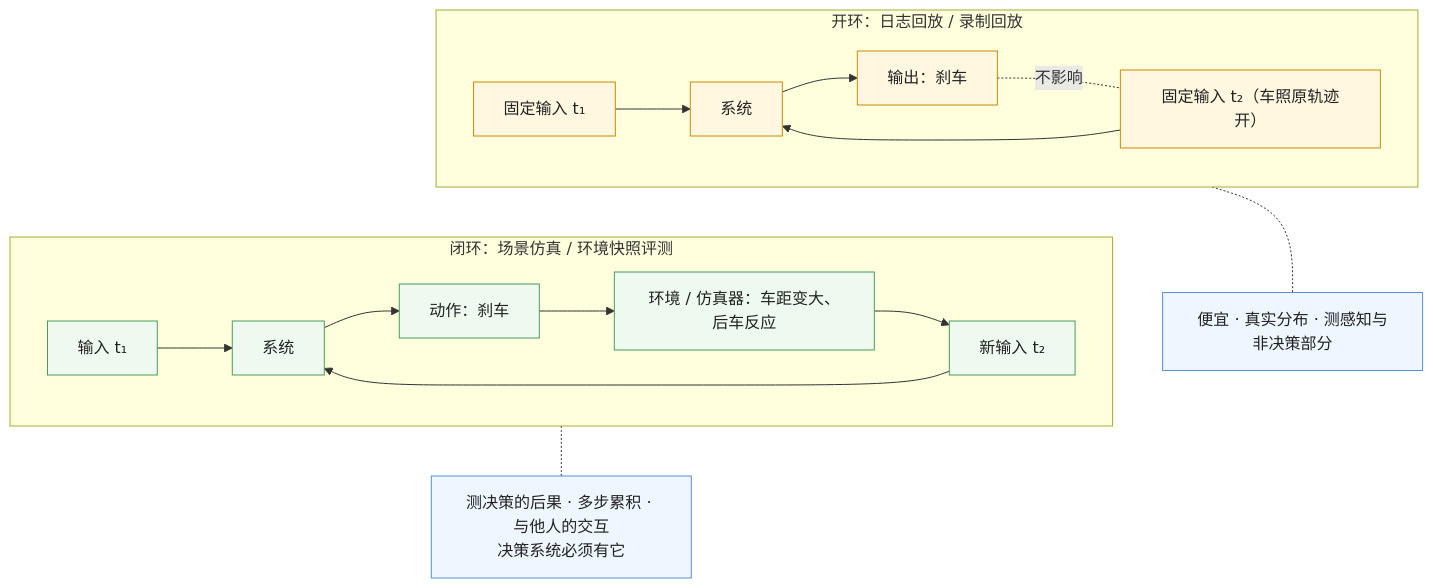
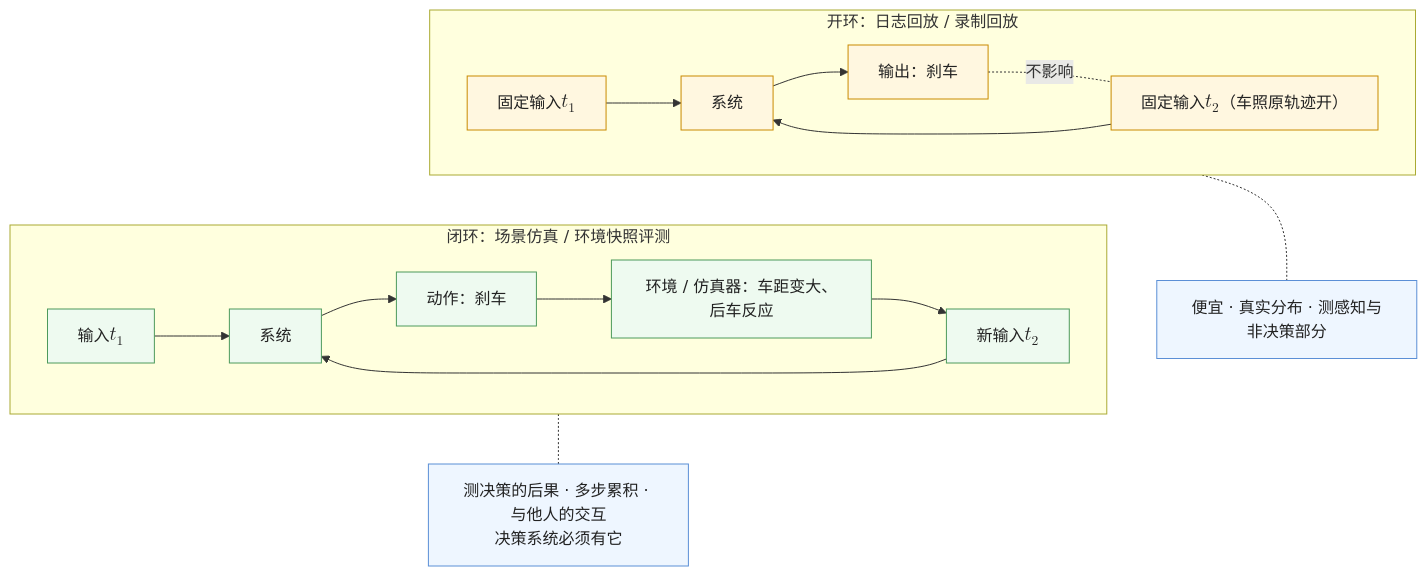
One commit to arganzheng/arganzheng.github.com changed the sixth of 7 diagrams in _posts/2026-11-06-runtime-reliability-and-simulation-for-the-physical-world.md. Above: the diagram before and after it, drawn with Mermaid.

Commit message:
评测（07）运行时与物理世界仿真：开环 / 闭环图的下标改用 KaTeX
固定输入 t₁、t₂ 等 Unicode 下标改为 $$t_1$$、$$t_2$$：它们在站点字体里被画成极小的字形。

````diff
--- a/_posts/2026-11-06-runtime-reliability-and-simulation-for-the-physical-world.md
+++ b/_posts/2026-11-06-runtime-reliability-and-simulation-for-the-physical-world.md
@@ -227,25 +227,25 @@
 ```mermaid
 %% 图：开环与闭环——开环：输入是固定的回放，系统输出不改变后续输入（你刹车了，回放里的车还是照原轨迹开），便宜、真实、但测不了决策的后果；闭环：系统的动作改变环境，环境再给新输入，能测「刹车之后会怎样」；数字 agent 里录制回放是开环、带环境快照的 agent 评测是闭环
 flowchart TB
     subgraph OPEN["开环：日志回放 / 录制回放"]
         direction LR
-        O1["固定输入 t₁"] --> S1["系统"] --> O2["输出：刹车"]
-        O3["固定输入 t₂（车照原轨迹开）"] --> S1
+        O1["固定输入 $$t_1$$"] --> S1["系统"] --> O2["输出：刹车"]
+        O3["固定输入 $$t_2$$（车照原轨迹开）"] --> S1
         O2 -.-|"不影响"| O3
     end
     subgraph CLOSED["闭环：场景仿真 / 环境快照评测"]
         direction LR
-        C1["输入 t₁"] --> S2["系统"] --> C2["动作：刹车"]
+        C1["输入 $$t_1$$"] --> S2["系统"] --> C2["动作：刹车"]
         C2 --> ENV["环境 / 仿真器：车距变大、后车反应"]
-        ENV --> C3["新输入 t₂"] --> S2
+        ENV --> C3["新输入 $$t_2$$"] --> S2
     end
     OPEN ~~~ CLOSED
     OPEN -.- N1["便宜 · 真实分布 · 测感知与非决策部分"]
     CLOSED -.- N2["测决策的后果 · 多步累积 · 与他人的交互<br/>决策系统必须有它"]
     classDef o fill:#fff7e0,stroke:#c98a00,color:#222
     classDef c fill:#eefaf0,stroke:#4d9a5c,color:#222
     classDef n fill:#eef6ff,stroke:#5b8fd6,color:#222
     class O1,O2,O3,S1 o
     class C1,C2,C3,S2,ENV c
     class N1,N2 n
 ```
````
